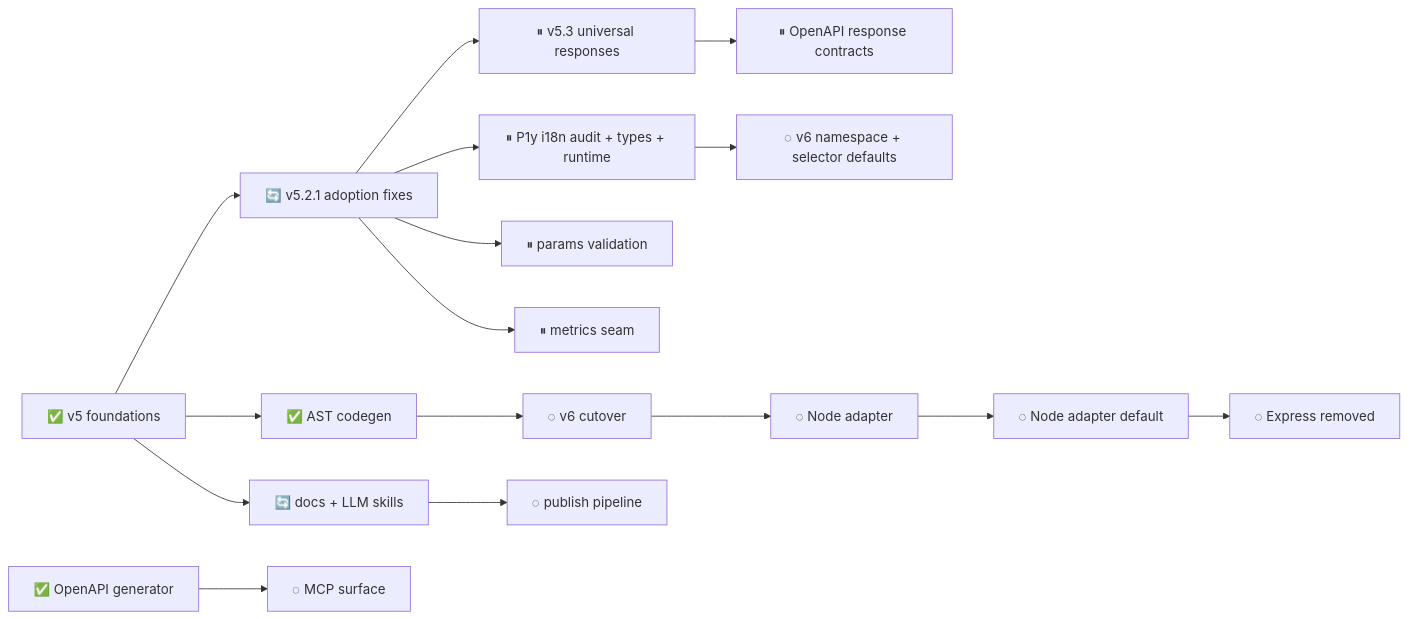
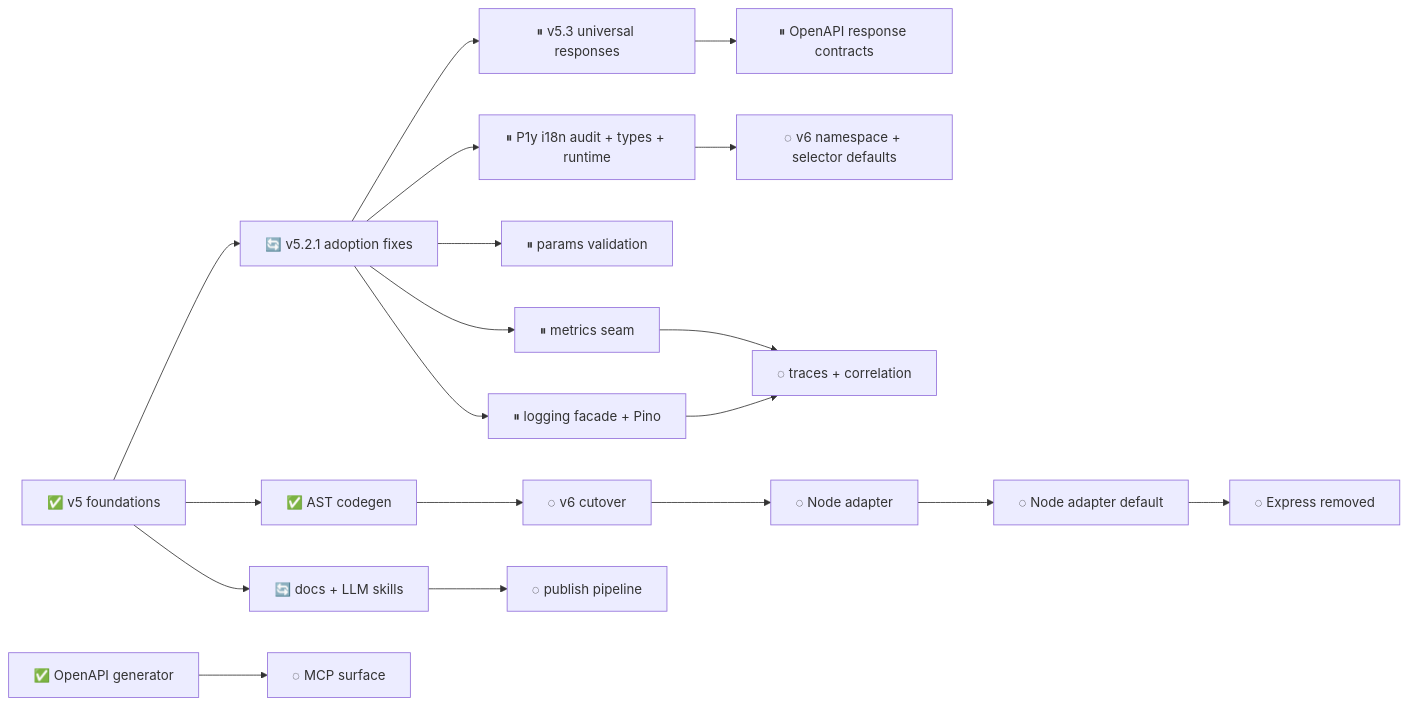
Before and after one commit to adaptivestone/framework: the diagram in .plans/refactor/README.md, drawn with Mermaid. The commit also changed other lines of this file and 5 other files, not shown here.

Commit message:
feat(logging): implement vendor-neutral logging contract with Pino backend

````diff
--- a/.plans/refactor/README.md
+++ b/.plans/refactor/README.md
@@ -35,24 +35,27 @@
 ```mermaid
 flowchart LR
     Foundation["✅ v5 foundations"] --> Patch["🔄 v5.2.1 adoption fixes"]
 
     Patch --> Responses["⏸ v5.3 universal responses"]
     Responses --> OpenAPI["⏸ OpenAPI response contracts"]
 
     Patch --> I18nV5["⏸ P1y i18n audit + types + runtime"]
     I18nV5 --> I18nV6["◌ v6 namespace + selector defaults"]
 
     Foundation --> Codegen["✅ AST codegen"]
     Codegen --> V6["◌ v6 cutover"]
     V6 --> NodeAdapter["◌ Node adapter"]
     NodeAdapter --> DefaultNode["◌ Node adapter default"]
     DefaultNode --> DropExpress["◌ Express removed"]
 
     Foundation --> Docs["🔄 docs + LLM skills"]
     Docs --> Publish["◌ publish pipeline"]
 
     Patch --> Params["⏸ params validation"]
     Patch --> Metrics["⏸ metrics seam"]
+    Patch --> Logging["⏸ logging facade + Pino"]
+    Logging --> Observability["◌ traces + correlation"]
+    Metrics --> Observability
 
     OpenAPIGen["✅ OpenAPI generator"] --> MCP["◌ MCP surface"]
 ```
````
